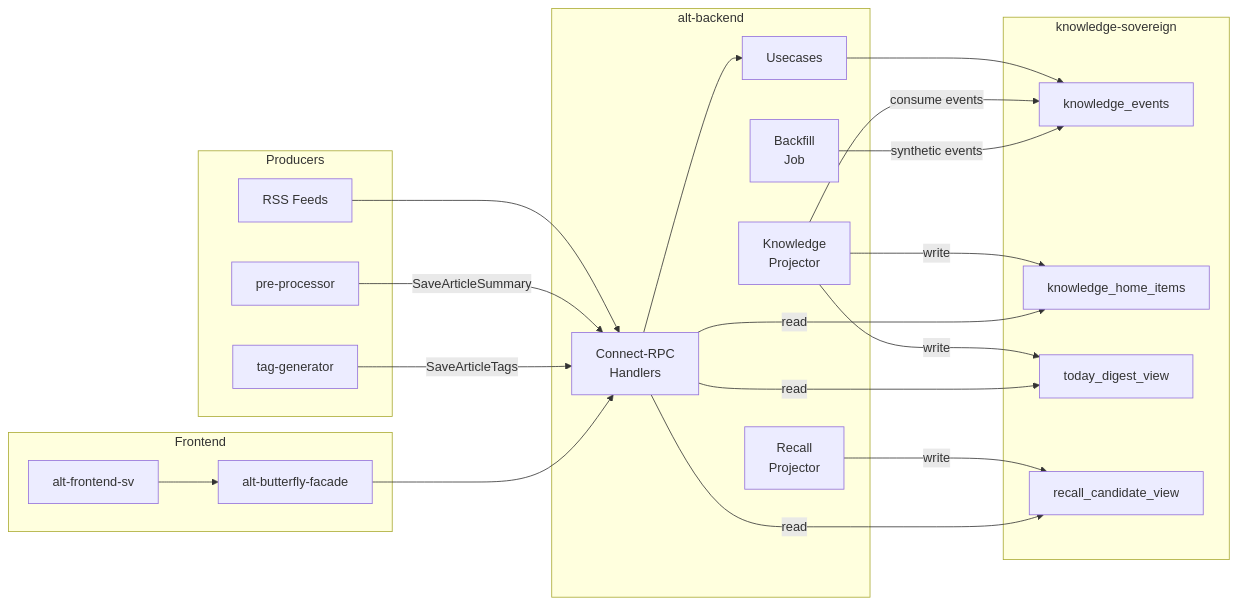
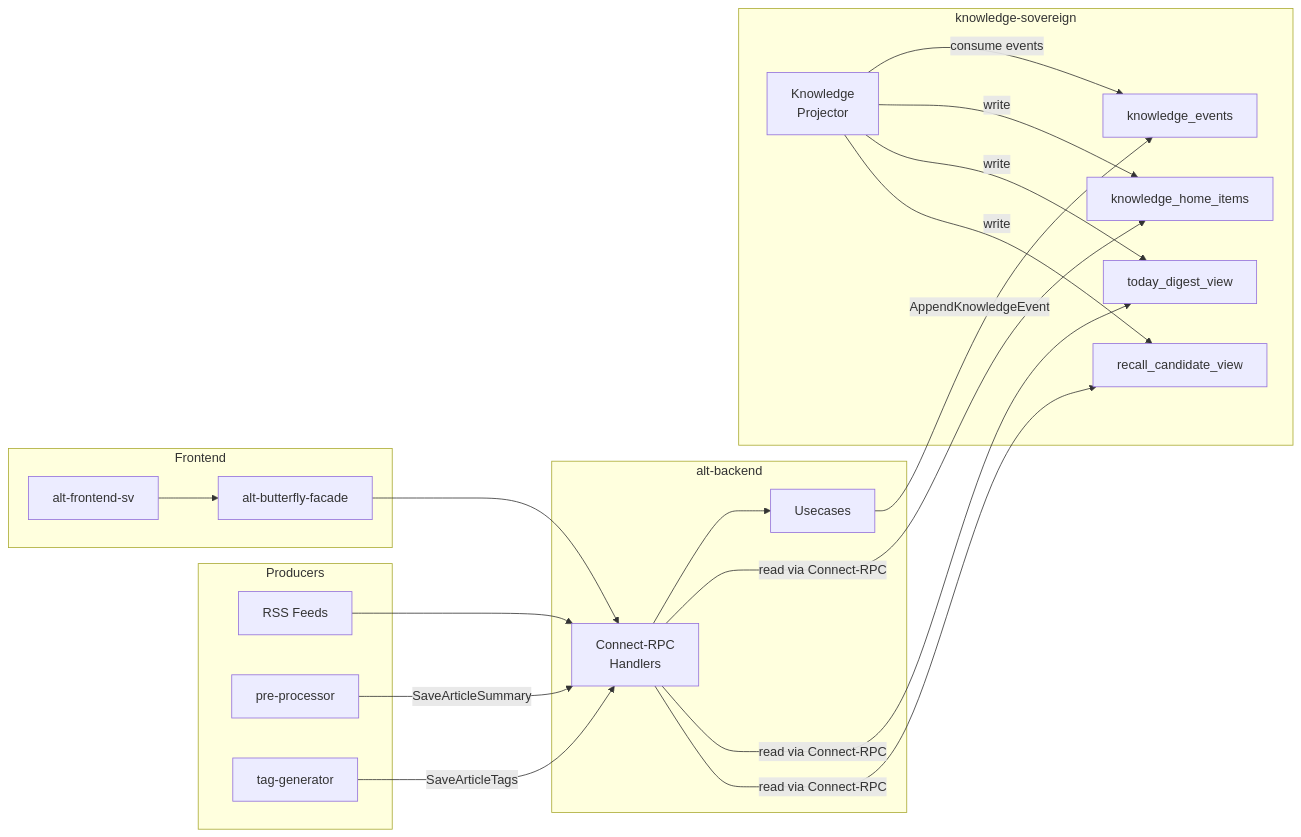
The diagram in docs/features/knowledge-home/README.md (Kaikei-e/Alt), drawn with Mermaid before and after one commit. The commit also changed other lines of this file and 205 other files, not shown here.

````diff
--- a/docs/features/knowledge-home/README.md
+++ b/docs/features/knowledge-home/README.md
@@ -7,42 +7,40 @@
 ```mermaid
 graph LR
   subgraph "Producers"
     RSS["RSS Feeds"]
     PP["pre-processor"]
     TG["tag-generator"]
   end
 
   subgraph "alt-backend"
     API["Connect-RPC<br/>Handlers"]
     UC["Usecases"]
-    KP["Knowledge<br/>Projector"]
-    RP["Recall<br/>Projector"]
-    BF["Backfill<br/>Job"]
   end
 
   subgraph "knowledge-sovereign"
     EV["knowledge_events"]
+    KP["Knowledge<br/>Projector"]
     HI["knowledge_home_items"]
     TD["today_digest_view"]
     RC["recall_candidate_view"]
   end
 
   subgraph "Frontend"
     FE["alt-frontend-sv"]
     BFF["alt-butterfly-facade"]
   end
 
   RSS --> API
   PP -->|SaveArticleSummary| API
   TG -->|SaveArticleTags| API
-  API --> UC --> EV
+  API --> UC
+  UC -->|AppendKnowledgeEvent| EV
   KP -->|consume events| EV
   KP -->|write| HI
   KP -->|write| TD
-  RP -->|write| RC
-  BF -->|synthetic events| EV
+  KP -->|write| RC
   FE --> BFF --> API
-  API -->|read| HI
-  API -->|read| TD
-  API -->|read| RC
+  API -->|read via Connect-RPC| HI
+  API -->|read via Connect-RPC| TD
+  API -->|read via Connect-RPC| RC
 ```
````
